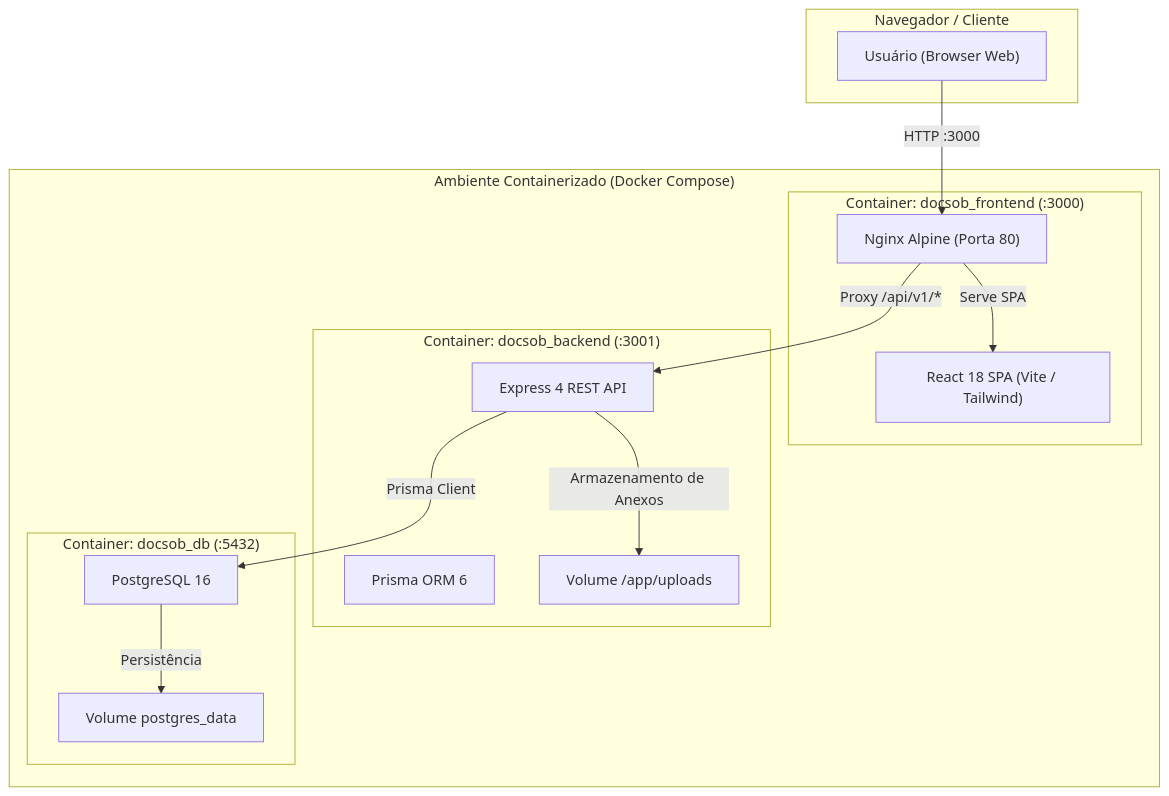
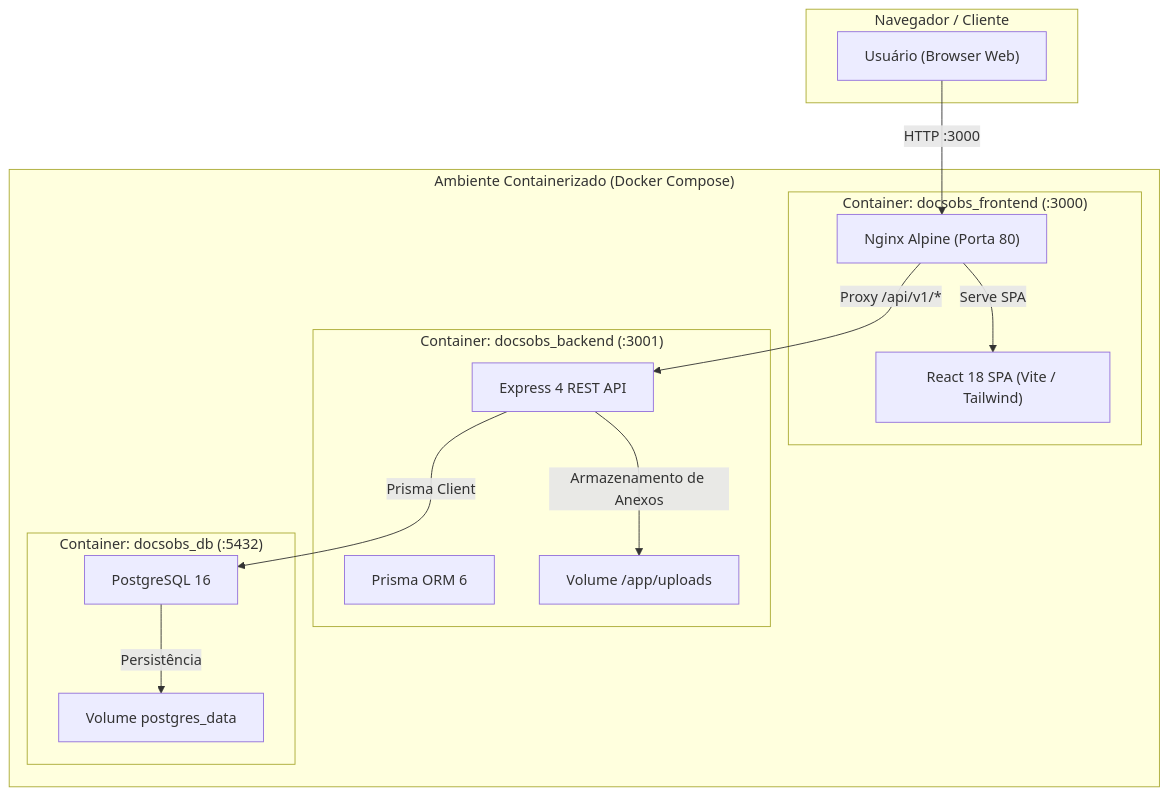
The diagram in README.md (anmarfp/ObDocs), drawn with Mermaid before and after one commit. The commit also changed other lines of this file and 68 other files, not shown here.

````diff
--- a/README.md
+++ b/README.md
@@ -25,31 +25,31 @@
 ```mermaid
 flowchart TD
     subgraph Client ["Navegador / Cliente"]
         Browser["Usuário (Browser Web)"]
     end
 
     subgraph Docker ["Ambiente Containerizado (Docker Compose)"]
-        subgraph FrontendContainer ["Container: docsob_frontend (:3000)"]
+        subgraph FrontendContainer ["Container: docsobs_frontend (:3000)"]
             Nginx["Nginx Alpine (Porta 80)"]
             SPA["React 18 SPA (Vite / Tailwind)"]
         end
 
-        subgraph BackendContainer ["Container: docsob_backend (:3001)"]
+        subgraph BackendContainer ["Container: docsobs_backend (:3001)"]
             Express["Express 4 REST API"]
             Prisma["Prisma ORM 6"]
             Uploads["Volume /app/uploads"]
         end
 
-        subgraph DBContainer ["Container: docsob_db (:5432)"]
+        subgraph DBContainer ["Container: docsobs_db (:5432)"]
             PostgreSQL["PostgreSQL 16"]
             PGData["Volume postgres_data"]
         end
     end
 
     Browser -->|HTTP :3000| Nginx
     Nginx -->|Serve SPA| SPA
     Nginx -->|Proxy /api/v1/*| Express
     Express -->|Prisma Client| PostgreSQL
     Express -->|Armazenamento de Anexos| Uploads
     PostgreSQL -->|Persistência| PGData
 ```
````
